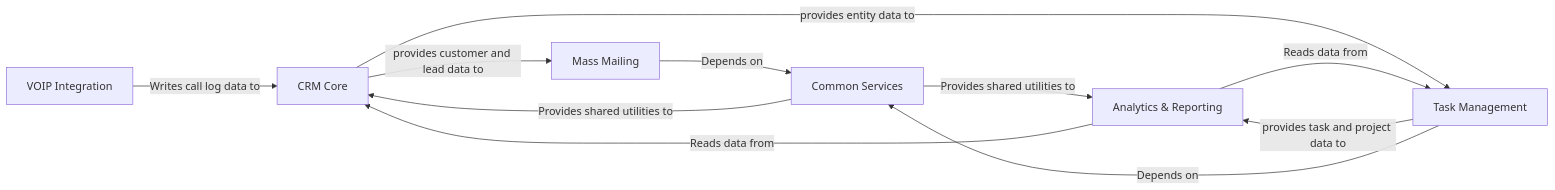
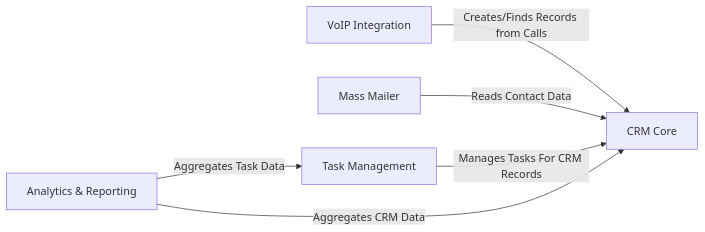
One commit to CodeBoarding/GeneratedOnBoardings changed the diagram in django-crm/on_boarding.md. Above: the diagram before and after it, drawn with Mermaid. The commit also changed other lines of this file and 5 other files, not shown here.

Commit message:
Uploading onboarding materials for django-crm

````diff
--- a/django-crm/on_boarding.md
+++ b/django-crm/on_boarding.md
@@ -1,19 +1,18 @@
 ```mermaid
 graph LR
     CRM_Core["CRM Core"]
     Task_Management["Task Management"]
+    Mass_Mailer["Mass Mailer"]
     Analytics_Reporting["Analytics & Reporting"]
-    Mass_Mailing["Mass Mailing"]
-    VOIP_Integration["VOIP Integration"]
-    Common_Services["Common Services"]
-    CRM_Core -- "provides customer and lead data to" --> Mass_Mailing
-    CRM_Core -- "provides entity data to" --> Task_Management
-    Task_Management -- "provides task and project data to" --> Analytics_Reporting
-    Task_Management -- "Depends on" --> Common_Services
-    Analytics_Reporting -- "Reads data from" --> CRM_Core
-    Analytics_Reporting -- "Reads data from" --> Task_Management
-    Mass_Mailing -- "Depends on" --> Common_Services
-    VOIP_Integration -- "Writes call log data to" --> CRM_Core
-    Common_Services -- "Provides shared utilities to" --> CRM_Core
-    Common_Services -- "Provides shared utilities to" --> Analytics_Reporting
+    VoIP_Integration["VoIP Integration"]
+    VoIP_Integration -- "Creates/Finds Records from Calls" --> CRM_Core
+    Mass_Mailer -- "Reads Contact Data" --> CRM_Core
+    Task_Management -- "Manages Tasks For CRM Records" --> CRM_Core
+    Analytics_Reporting -- "Aggregates CRM Data" --> CRM_Core
+    Analytics_Reporting -- "Aggregates Task Data" --> Task_Management
+    click CRM_Core href "https://github.com/CodeBoarding/GeneratedOnBoardings/blob/main/django-crm/CRM_Core.md" "Details"
+    click Task_Management href "https://github.com/CodeBoarding/GeneratedOnBoardings/blob/main/django-crm/Task_Management.md" "Details"
+    click Mass_Mailer href "https://github.com/CodeBoarding/GeneratedOnBoardings/blob/main/django-crm/Mass_Mailer.md" "Details"
+    click Analytics_Reporting href "https://github.com/CodeBoarding/GeneratedOnBoardings/blob/main/django-crm/Analytics_Reporting.md" "Details"
+    click VoIP_Integration href "https://github.com/CodeBoarding/GeneratedOnBoardings/blob/main/django-crm/VoIP_Integration.md" "Details"
 ```
````
